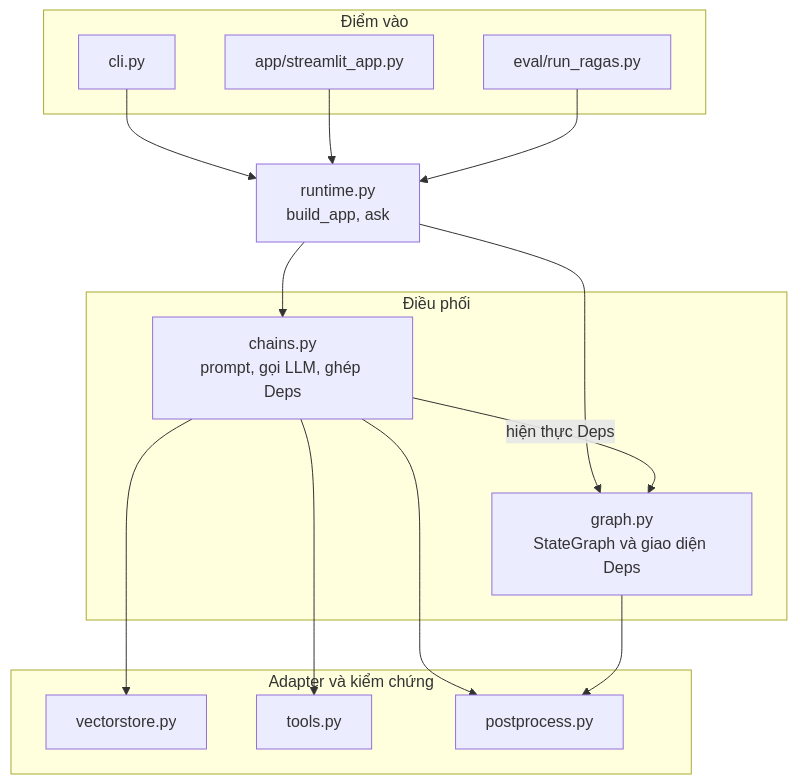
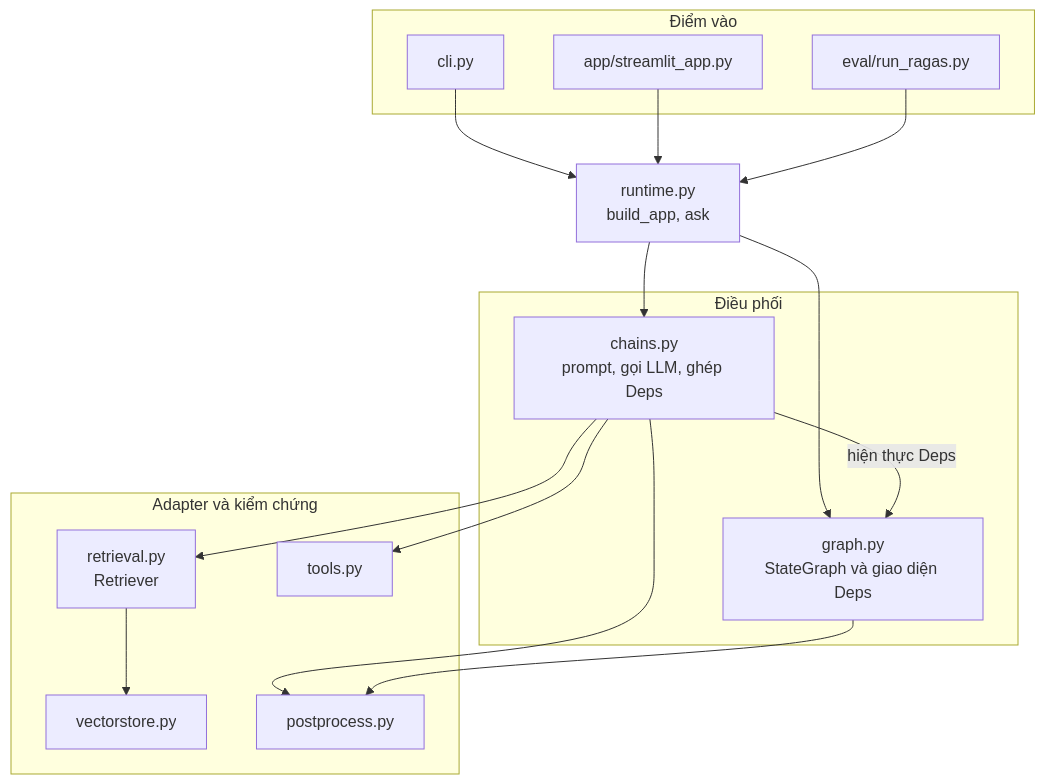
One commit to thanhpt-25/LangChain changed the second of 9 diagrams in docs/ARCHITECTURE.md. Above: the diagram before and after it, drawn with Mermaid. The commit also changed other lines of this file and 1 other file, not shown here.

Commit message:
docs: describe the reranked retrieval and the measured decisions

````diff
--- a/docs/ARCHITECTURE.md
+++ b/docs/ARCHITECTURE.md
@@ -45,32 +45,34 @@
 ```mermaid
 flowchart TB
     subgraph entry["Điểm vào"]
         cli["cli.py"]
         ui["app/streamlit_app.py"]
         ev["eval/run_ragas.py"]
     end
 
     rt["runtime.py<br/>build_app, ask"]
 
     subgraph core["Điều phối"]
         gr["graph.py<br/>StateGraph và giao diện Deps"]
         chains["chains.py<br/>prompt, gọi LLM, ghép Deps"]
     end
 
     subgraph support["Adapter và kiểm chứng"]
+        rv["retrieval.py<br/>Retriever"]
         vs["vectorstore.py"]
         tools["tools.py"]
         post["postprocess.py"]
     end
 
     cli --> rt
     ui --> rt
     ev --> rt
     rt --> gr
     rt --> chains
     chains -->|"hiện thực Deps"| gr
-    chains --> vs
+    chains --> rv
+    rv --> vs
     chains --> tools
     chains --> post
     gr --> post
 ```
````
